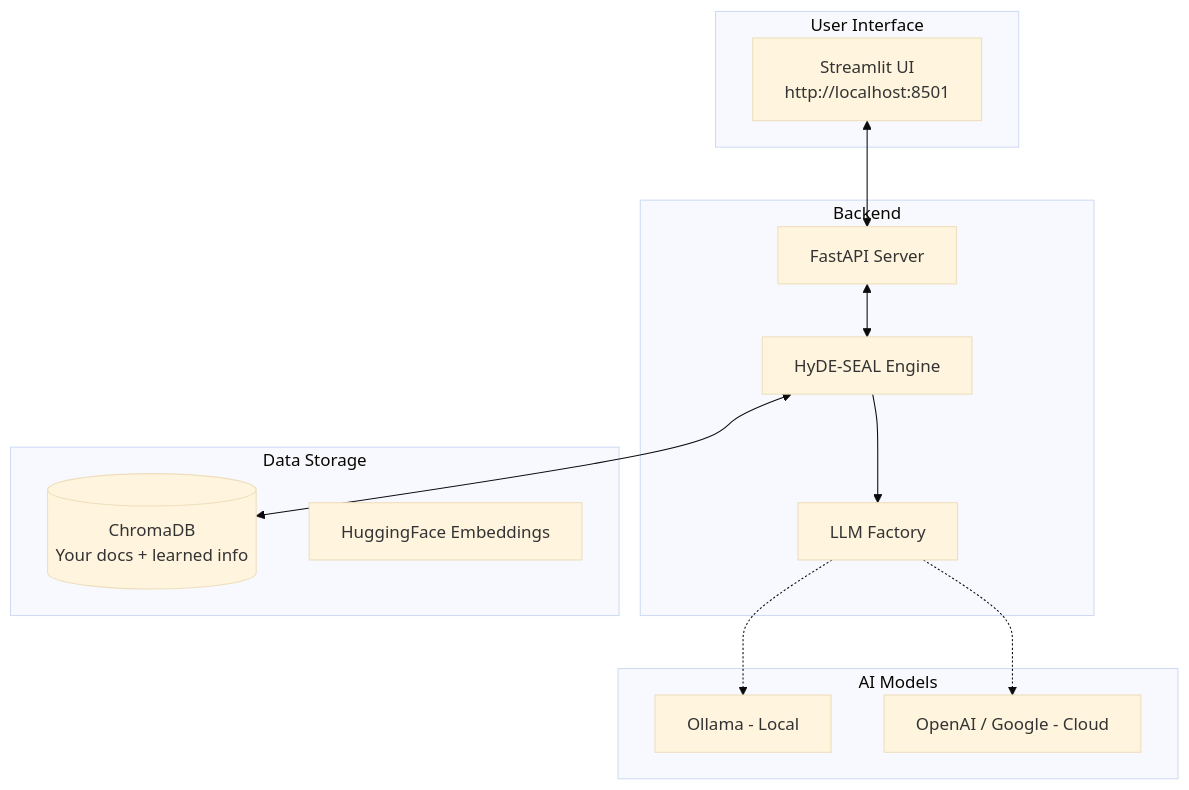
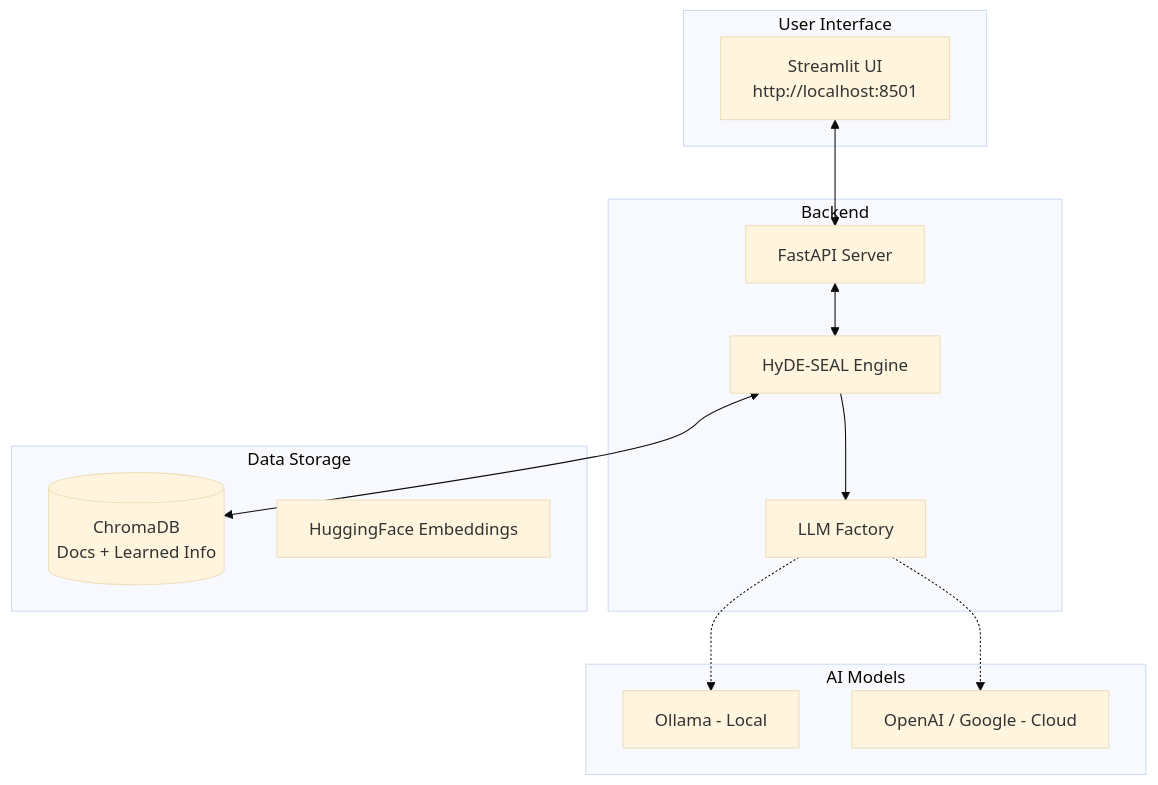
The second of 3 diagrams in README.md (ayushsyntax/Reasona), drawn with Mermaid (base theme) before and after one commit. The commit also changed other lines of this file and 1 other file, not shown here.

````diff
--- a/README.md
+++ b/README.md
@@ -57,25 +58,25 @@
 ```mermaid
 graph TB
     subgraph "User Interface" 
         UI[Streamlit UI<br/>http://localhost:8501]
     end
     subgraph "Backend" 
         BE[FastAPI Server]
         ENG[HyDE-SEAL Engine]
         LLMF[LLM Factory]
     end
     subgraph "Data Storage" 
-        VDB[(ChromaDB<br/>Your docs + learned info)]
+        VDB[(ChromaDB<br/>Docs + Learned Info)]
         EMB[HuggingFace Embeddings]
     end
     subgraph "AI Models" 
         OLL[Ollama - Local]
         API[OpenAI / Google - Cloud]
     end
     UI <--> BE
     BE <--> ENG
     ENG <--> VDB
     ENG --> LLMF
     LLMF -.-> OLL
     LLMF -.-> API
 ```
````
